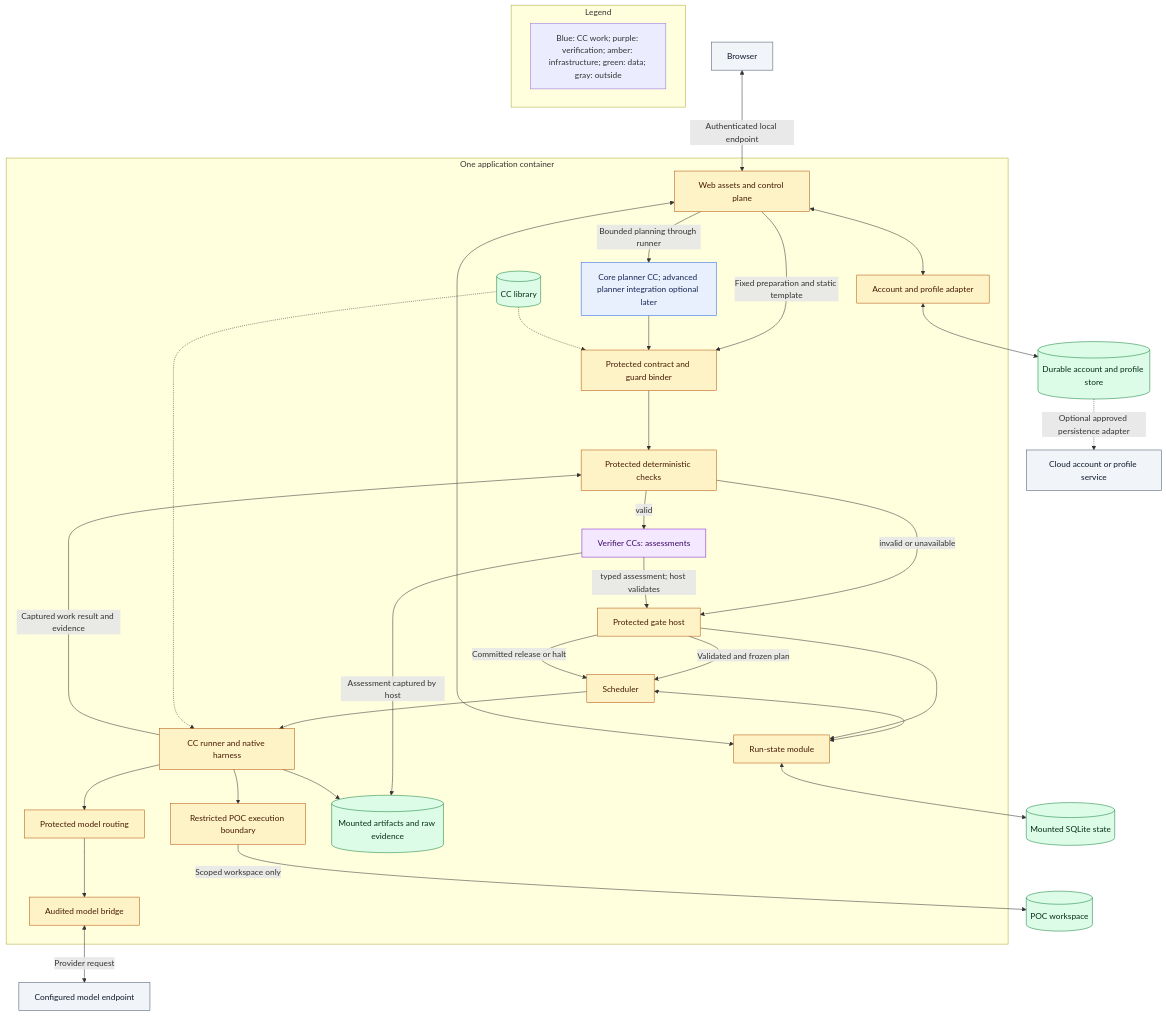
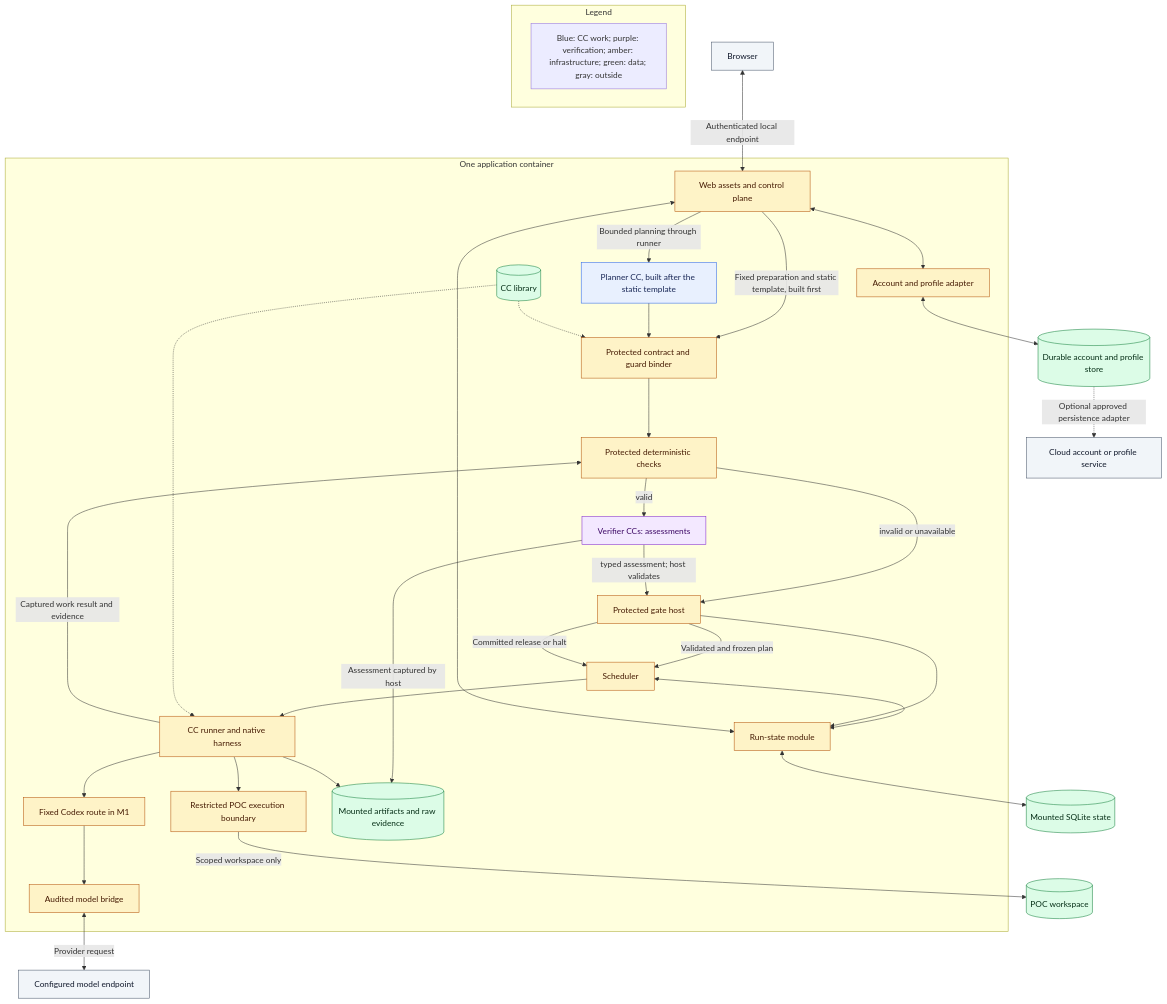
Before and after one commit to Stellven/jiuwenswarm: the first of 2 diagrams in docs/architecture/design-package/placement.md, drawn with Mermaid. The commit also changed 86 other files, not shown here.

Commit message:
docs: fix stale diagrams and matching prose; re-render all views

````diff
--- a/docs/architecture/design-package/placement.md
+++ b/docs/architecture/design-package/placement.md
@@ -9,61 +9,61 @@
 ```mermaid
 flowchart TB
     Browser[Browser]
     subgraph App[One application container]
         Web[Web assets and control plane]
-        Planner[Core planner CC; advanced planner integration optional later]
+        Planner[Planner CC, built after the static template]
         Binder[Protected contract and guard binder]
         Scheduler[Scheduler]
         Runner[CC runner and native harness]
         Verify[Verifier CCs: assessments]
         Gate[Protected gate host]
         Library[(CC library)]
         Bridge[Audited model bridge]
         State[Run-state module]
         POC[Restricted POC execution boundary]
-        Web -->|Fixed preparation and static template| Binder
+        Web -->|Fixed preparation and static template, built first| Binder
         Web -->|Bounded planning through runner| Planner
         Planner --> Binder
         Binder --> Det[Protected deterministic checks]
         Det -->|valid| Verify
         Det -->|invalid or unavailable| Gate
         Verify -->|typed assessment; host validates| Gate
         Gate -->|Validated and frozen plan| Scheduler
         Scheduler --> Runner
         Runner -->|Captured work result and evidence| Det
         Gate -->|Committed release or halt| Scheduler
-        Runner --> Routing[Protected model routing]
+        Runner --> Routing[Fixed Codex route in M1]
         Routing --> Bridge
         Runner --> POC
         Library -.-> Binder
         Library -.-> Runner
         Scheduler <--> State
         Verify -->|Assessment captured by host| Files
         Gate --> State
         Web <--> State
         Profile[Account and profile adapter]
         Web <--> Profile
     end
     Browser <-->|Authenticated local endpoint| Web
     Bridge <-->|Provider request| Model[Configured model endpoint]
     Profile <--> Profiles[(Durable account and profile store)]
     Profiles -.->|Optional approved persistence adapter| Cloud[Cloud account or profile service]
     State <--> DB[(Mounted SQLite state)]
     Runner --> Files[(Mounted artifacts and raw evidence)]
     POC -->|Scoped workspace only| Workspace[(POC workspace)]
     subgraph Legend[Legend]
         Key[Blue: CC work; purple: verification; amber: infrastructure; green: data; gray: outside]
     end
     classDef work fill:#E8F0FE,stroke:#2563EB,color:#172554
     classDef verify fill:#F3E8FF,stroke:#7E22CE,color:#3B0764
     classDef control fill:#FEF3C7,stroke:#B45309,color:#451A03
     classDef data fill:#DCFCE7,stroke:#15803D,color:#052E16
     classDef outside fill:#F1F5F9,stroke:#475569,color:#0F172A
     class Planner work
     class Verify verify
     class Web,Binder,Scheduler,Runner,Bridge,Routing,Det,State,POC,Gate control
     class Library,DB,Files,Workspace data
     class Browser,Model,Cloud outside
     class Profile control
     class Profiles data
 ```
````
